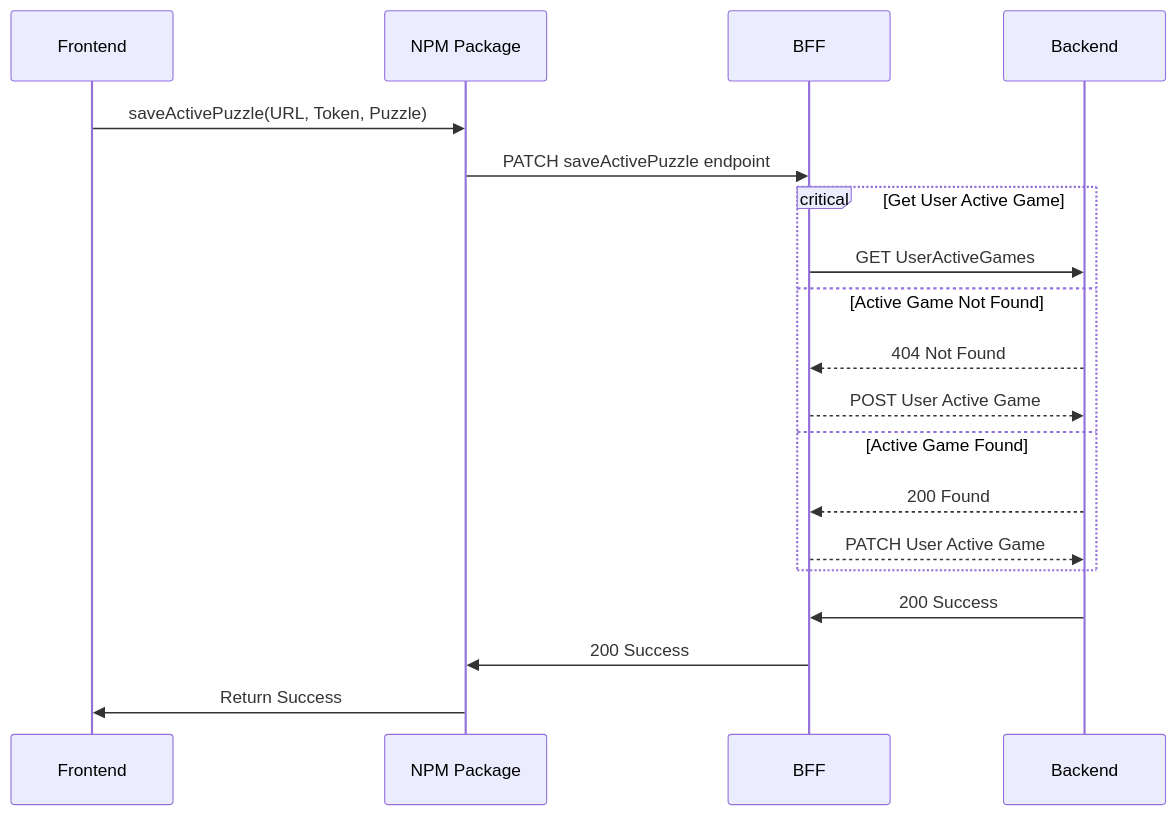
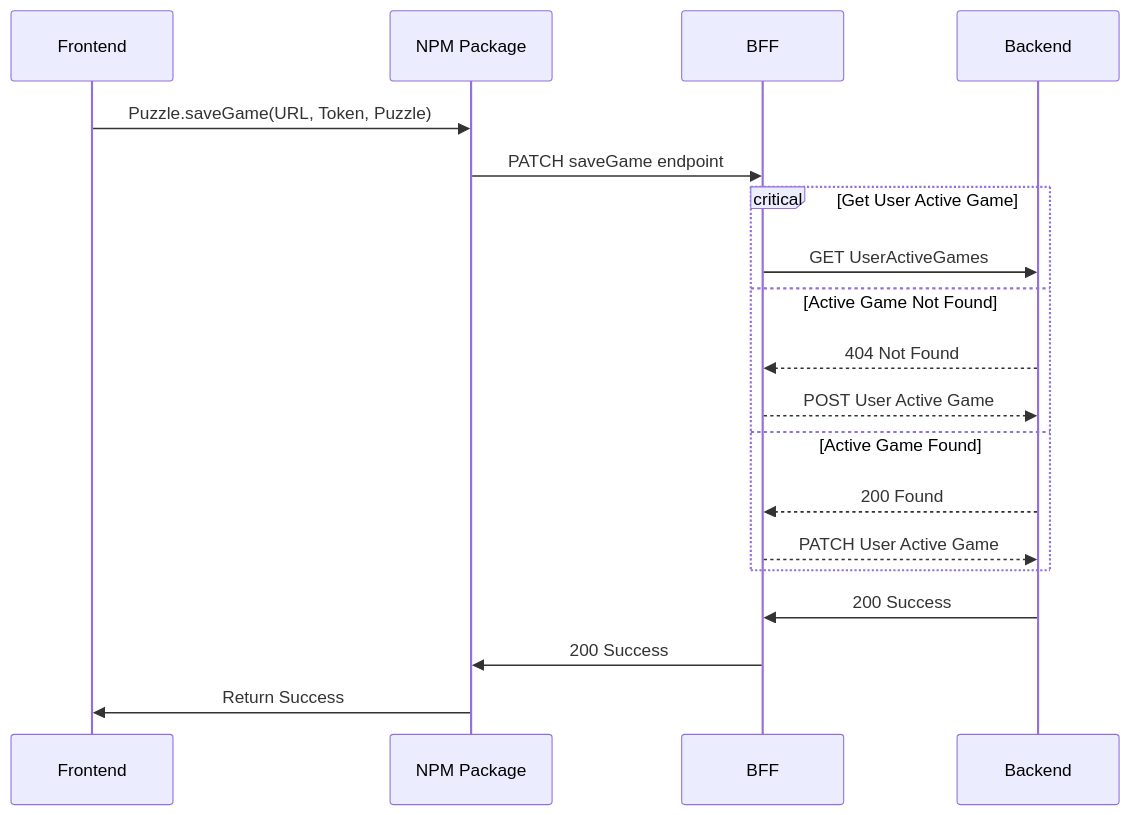
Before and after one commit to Sudokuru/Puzzle: the second of 3 diagrams in Documentation/Diagrams/SequenceDiagram.md, drawn with Mermaid. The commit also changed other lines of this file, not shown here.

Commit message:
Updating flow names

````diff
--- a/Documentation/Diagrams/SequenceDiagram.md
+++ b/Documentation/Diagrams/SequenceDiagram.md
@@ -51,24 +51,24 @@
 ```mermaid
 sequenceDiagram
     participant Frontend
     participant NPM Package
     participant BFF
     participant Backend
 
-    #saveActivePuzzle
-    Frontend->>NPM Package: saveActivePuzzle(URL, Token, Puzzle)
-    NPM Package->>BFF: PATCH saveActivePuzzle endpoint
+    #Save Game
+    Frontend->>NPM Package: Puzzle.saveGame(URL, Token, Puzzle)
+    NPM Package->>BFF: PATCH saveGame endpoint
 
     critical Get User Active Game
         BFF->>Backend: GET UserActiveGames
     option Active Game Not Found
         Backend-->>BFF: 404 Not Found
         BFF-->>Backend: POST User Active Game
     option Active Game Found
         Backend-->>BFF: 200 Found
         BFF-->>Backend: PATCH User Active Game
     end
         Backend->>BFF: 200 Success
         BFF->>NPM Package: 200 Success
         NPM Package->>Frontend: Return Success
 ```
````
